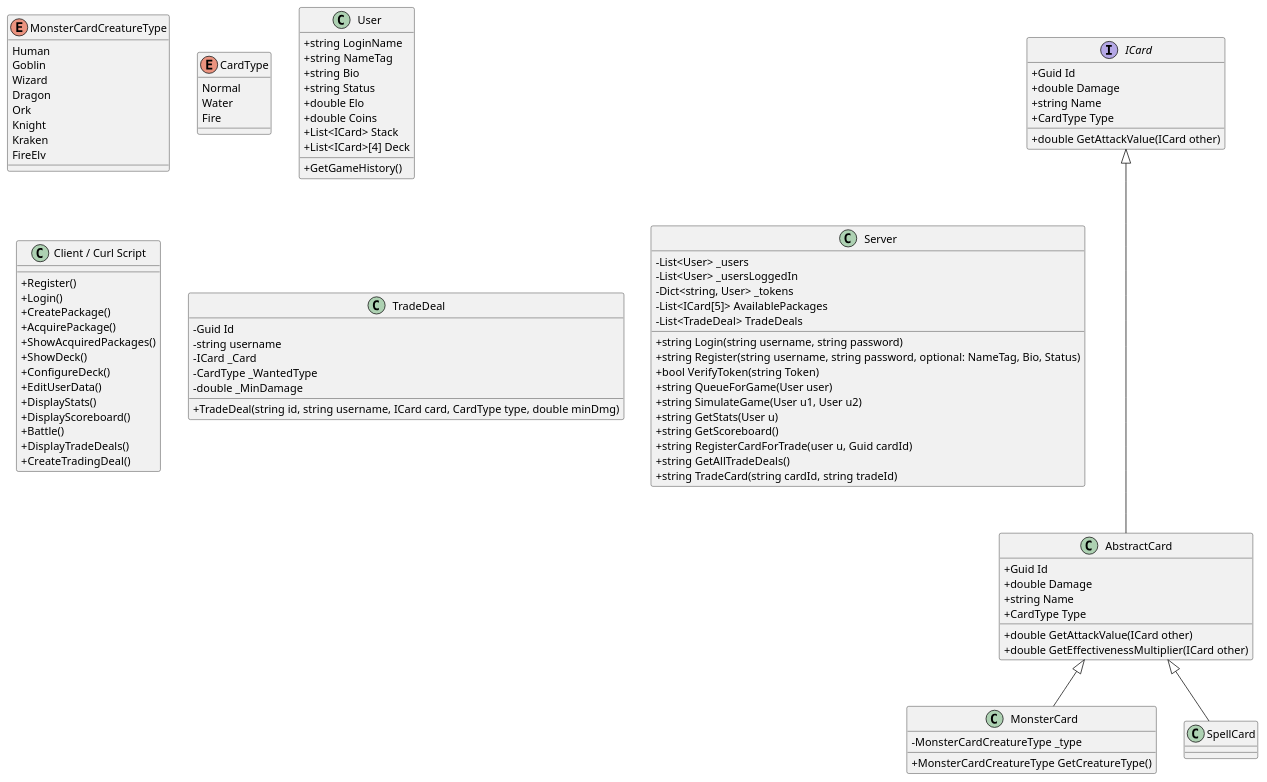
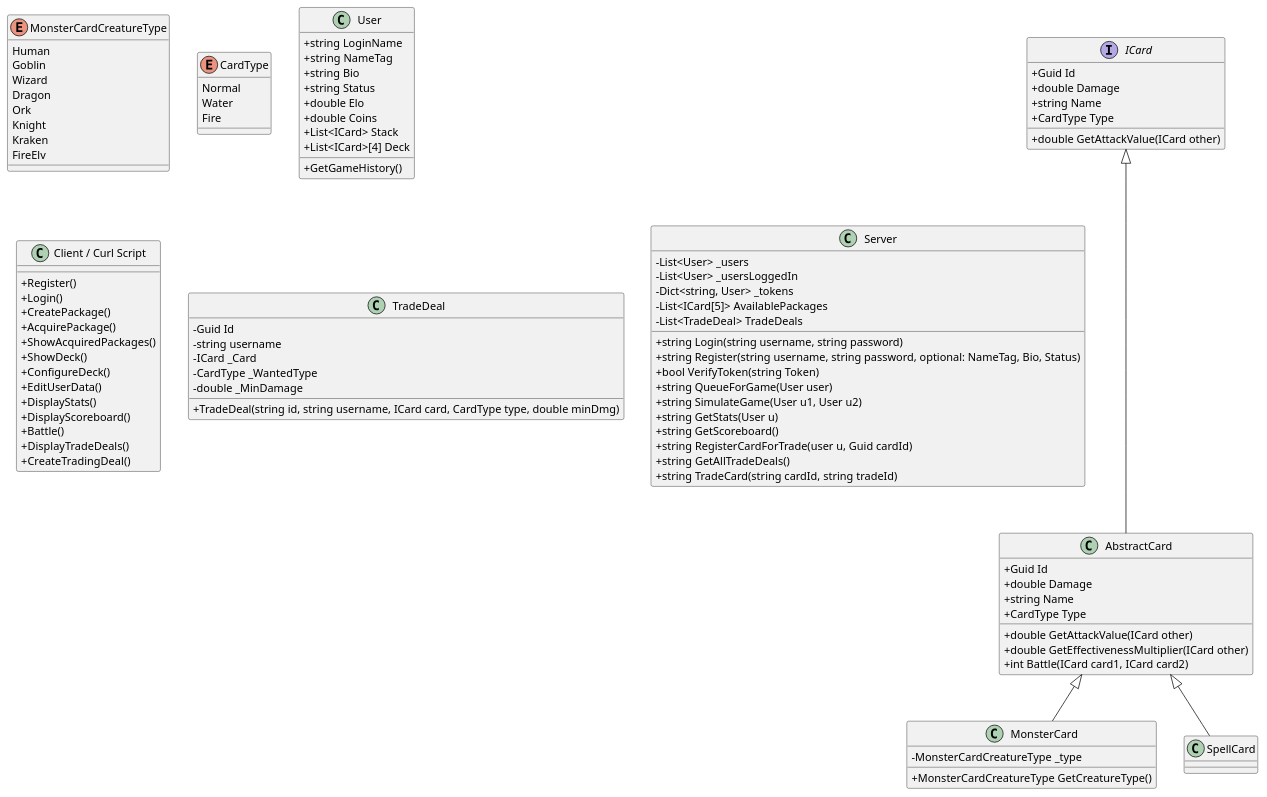
The diagram in mtcg_class_diagram.puml (cellularegg/swe-mtcg), drawn with PlantUML before and after one commit. The commit also changed 1 other file, not shown here.

Commit message:
updated class diagram

```diff
--- a/mtcg_class_diagram.puml
+++ b/mtcg_class_diagram.puml
@@ -1,105 +1,106 @@
 @startuml
 skinparam classAttributeIconSize 0
 
 Interface ICard{
  +Guid Id
  +double Damage
  +string Name
  +CardType Type
  +double GetAttackValue(ICard other)
 }
 
 class AbstractCard{
  +Guid Id
  +double Damage
  +string Name
  +CardType Type
  +double GetAttackValue(ICard other)
  +double GetEffectivenessMultiplier(ICard other)
+ +int Battle(ICard card1, ICard card2)
 }
 ICard <|--- AbstractCard
 
 class MonsterCard{
  -MonsterCardCreatureType _type
  +MonsterCardCreatureType GetCreatureType()
 }
 enum MonsterCardCreatureType{
  Human
  Goblin
  Wizard
  Dragon
  Ork
  Knight
  Kraken
  FireElv
 }
 
 class SpellCard{
 }
 enum CardType{
  Normal
  Water
  Fire
 }
 AbstractCard <|-- MonsterCard
 AbstractCard <|-- SpellCard
 
 class User{
  +string LoginName
  +string NameTag
  +string Bio
  +string Status
  +double Elo
  +double Coins
  +List<ICard> Stack
  +GetGameHistory()
  +List<ICard>[4] Deck
 }
 
 
 class "Client / Curl Script"{
  +Register()
  +Login()
  +CreatePackage()
  +AcquirePackage()
  +ShowAcquiredPackages()
  +ShowDeck()
  +ConfigureDeck()
  +EditUserData()
  +DisplayStats()
  +DisplayScoreboard()
  +Battle()
  +DisplayTradeDeals()
  +CreateTradingDeal() 
 }
 
 
 class TradeDeal {
  -Guid Id
  -string username
  -ICard _Card
  -CardType _WantedType
  -double _MinDamage
  +TradeDeal(string id, string username, ICard card, CardType type, double minDmg)
 }
 
 class Server{
  -List<User> _users
  -List<User> _usersLoggedIn
  -Dict<string, User> _tokens
  -List<ICard[5]> AvailablePackages
  -List<TradeDeal> TradeDeals
  +string Login(string username, string password)
  +string Register(string username, string password, optional: NameTag, Bio, Status)
  +bool VerifyToken(string Token)
  +string QueueForGame(User user)
  +string SimulateGame(User u1, User u2)
  +string GetStats(User u)
  +string GetScoreboard()
  +string RegisterCardForTrade(user u, Guid cardId)
  +string GetAllTradeDeals()
  +string TradeCard(string cardId, string tradeId)
  
 }
 
 @enduml
```
